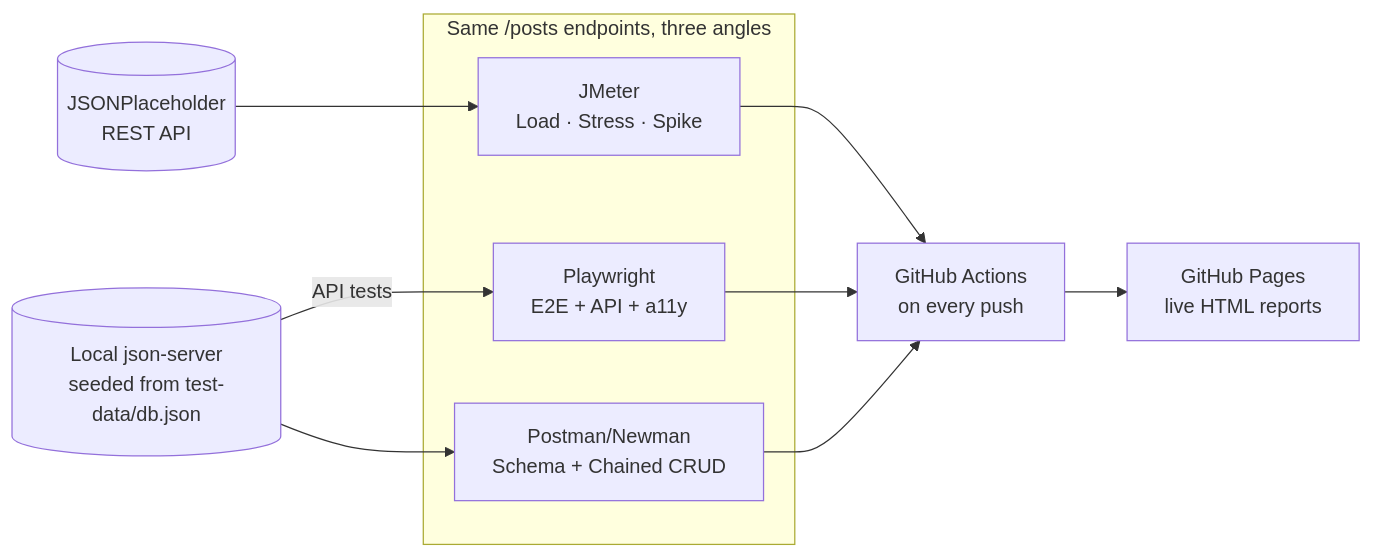
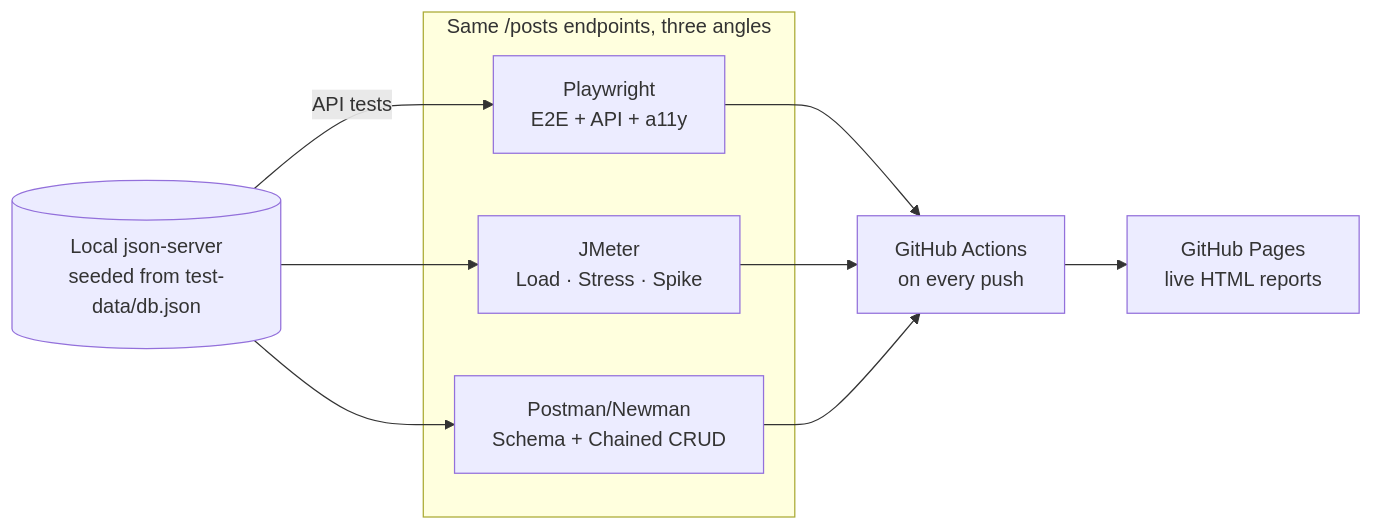
One commit to Gikza/qa-automation-portfolio changed the diagram in README.md. Above: the diagram before and after it, drawn with Mermaid. The commit also changed other lines of this file and 8 other files, not shown here.

````diff
--- a/README.md
+++ b/README.md
@@ -20,22 +20,21 @@
 ```mermaid
 flowchart LR
-    API[("JSONPlaceholder<br/>REST API")]
     LOCAL[("Local json-server<br/>seeded from test-data/db.json")]
 
     subgraph Suites["Same /posts endpoints, three angles"]
         PW["Playwright<br/>E2E + API + a11y"]
         JM["JMeter<br/>Load · Stress · Spike"]
         PM["Postman/Newman<br/>Schema + Chained CRUD"]
     end
 
     CI["GitHub Actions<br/>on every push"]
     Pages["GitHub Pages<br/>live HTML reports"]
 
     LOCAL -- API tests --> PW
+    LOCAL --> JM
     LOCAL --> PM
-    API --> JM
     PW --> CI
     JM --> CI
     PM --> CI
     CI --> Pages
 ```
````
